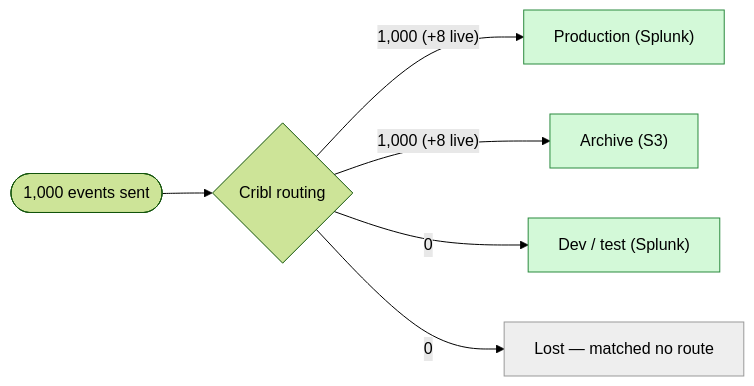
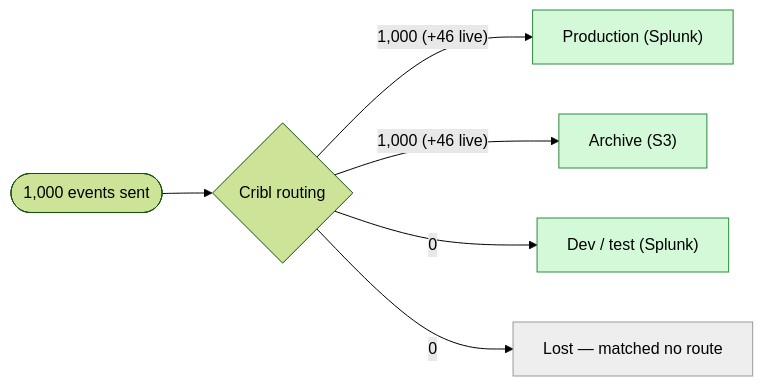
Before and after one commit to JacobPEvans-personal/cc-stream-zscaler-incident-test: the fourth of 9 diagrams in REPORT.md, drawn with Mermaid (forest theme). The commit also changed other lines of this file and 9 other files, not shown here.

````diff
--- a/REPORT.md
+++ b/REPORT.md
@@ -180,12 +180,12 @@
 ```mermaid
 flowchart LR
   IN(["1,000 events sent"]) --> C{"Cribl routing"}
-  C -->|"1,000 (+8 live)"| prod["Production (Splunk)"]
+  C -->|"1,000 (+46 live)"| prod["Production (Splunk)"]
   style prod fill:#d3f9d8,stroke:#2b8a3e
-  C -->|"1,000 (+8 live)"| s3["Archive (S3)"]
+  C -->|"1,000 (+46 live)"| s3["Archive (S3)"]
   style s3 fill:#d3f9d8,stroke:#2b8a3e
   C -->|"0"| dev["Dev / test (Splunk)"]
   style dev fill:#d3f9d8,stroke:#2b8a3e
   C -->|"0"| default["Lost — matched no route"]
   style default fill:#eee,stroke:#999
 ```
````
